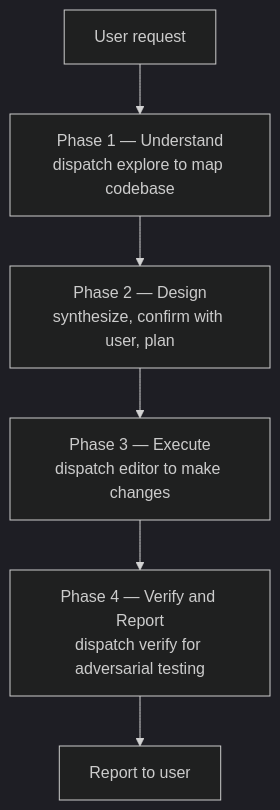
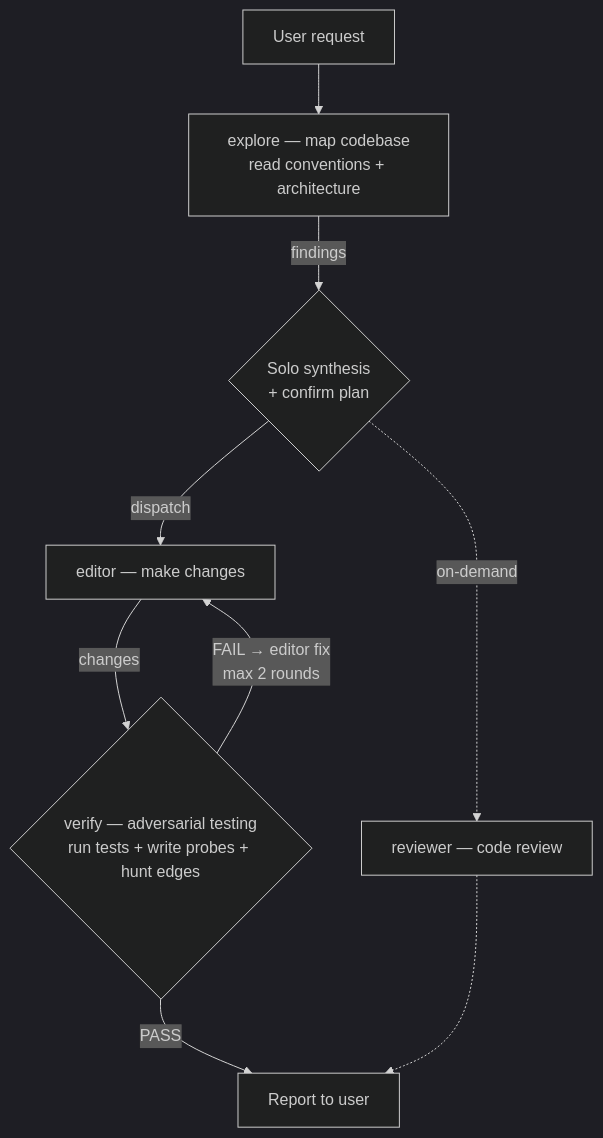
Before and after one commit to Dqz00116/opencode-solo: the third of 3 diagrams in README.md, drawn with Mermaid (dark theme). The commit also changed 1 other file, not shown here.

Commit message:
docs: sync Workflow flowchart in README.md with README.zh-CN.md

````diff
--- a/README.md
+++ b/README.md
@@ -127,8 +127,11 @@
 ```mermaid
 flowchart TD
-    Req[User request] --> P1["Phase 1 — Understand<br/>dispatch explore to map codebase"]
-    P1 --> P2["Phase 2 — Design<br/>synthesize, confirm with user, plan"]
-    P2 --> P3["Phase 3 — Execute<br/>dispatch editor to make changes"]
-    P3 --> P4["Phase 4 — Verify and Report<br/>dispatch verify for adversarial testing"]
-    P4 --> Done[Report to user]
+    Req["User request"] --> P1["explore — map codebase<br/>read conventions + architecture"]
+    P1 -->|"findings"| P2{"Solo synthesis<br/>+ confirm plan"}
+    P2 -->|"dispatch"| P3["editor — make changes"]
+    P3 -->|"changes"| P4{"verify — adversarial testing<br/>run tests + write probes + hunt edges"}
+    P4 -->|"PASS"| Done["Report to user"]
+    P4 -->|"FAIL → editor fix<br/>max 2 rounds"| P3
+    P2 -.->|"on-demand"| Rev["reviewer — code review"]
+    Rev -.-> Done
 ```
````
